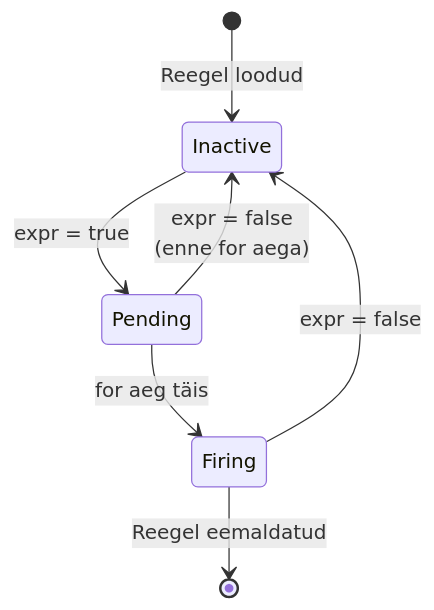
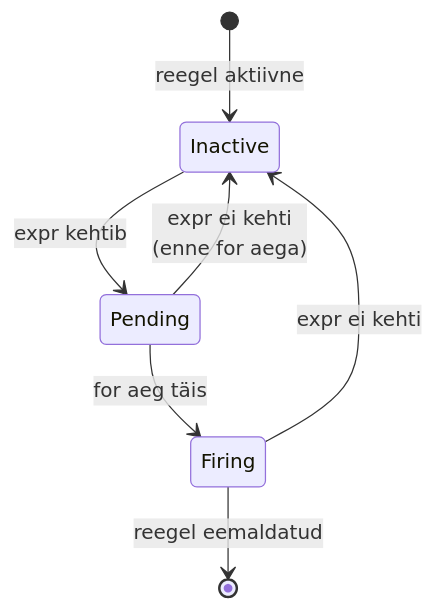
The second of 2 diagrams in docs/materials/lectures/paev1-loeng.md (hkhk-tk/monitoring), drawn with Mermaid before and after one commit. The commit also changed other lines of this file and 5 other files, not shown here.

````diff
--- a/docs/materials/lectures/paev1-loeng.md
+++ b/docs/materials/lectures/paev1-loeng.md
@@ -345,9 +501,9 @@
 ```mermaid
 stateDiagram-v2
-    [*] --> Inactive: Reegel loodud
-    Inactive --> Pending: expr = true
+    [*] --> Inactive: reegel aktiivne
+    Inactive --> Pending: expr kehtib
     Pending --> Firing: for aeg täis
-    Pending --> Inactive: expr = false<br>(enne for aega)
-    Firing --> Inactive: expr = false
-    Firing --> [*]: Reegel eemaldatud
+    Pending --> Inactive: expr ei kehti<br>(enne for aega)
+    Firing --> Inactive: expr ei kehti
+    Firing --> [*]: reegel eemaldatud
 ```
````
